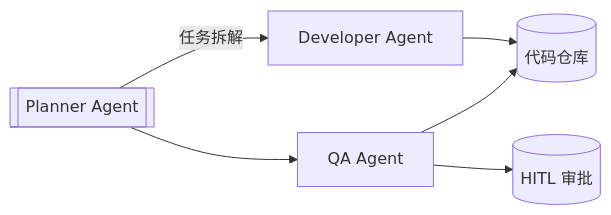
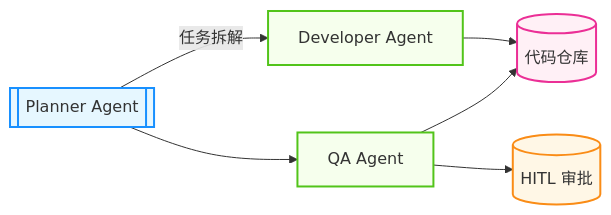
Before and after one commit to yeasy/agentic_ai_guide: the diagram in 12_appendix/12.7_case_templates.md, drawn with Mermaid. The commit also changed 36 other files, not shown here.

````diff
--- a/12_appendix/12.7_case_templates.md
+++ b/12_appendix/12.7_case_templates.md
@@ -28,9 +28,20 @@
 ```mermaid
 %% 协作架构图模板
 flowchart LR
+    %% Agentic Design System
+    classDef agent fill:#e6f7ff,stroke:#1890ff,stroke-width:2px;
+    classDef tool fill:#f6ffed,stroke:#52c41a,stroke-width:2px;
+    classDef user fill:#fff7e6,stroke:#fa8c16,stroke-width:2px;
+    classDef memory fill:#fff0f6,stroke:#eb2f96,stroke-width:2px;
+
     Planner[[Planner Agent]] -->|任务拆解| Dev[Developer Agent]
     Planner --> QA[QA Agent]
     Dev --> Repo[(代码仓库)]
     QA --> Repo
     QA --> Human[(HITL 审批)]
+    
+    class Planner agent;
+    class Dev,QA tool;
+    class Repo memory;
+    class Human user;
 ```
````
